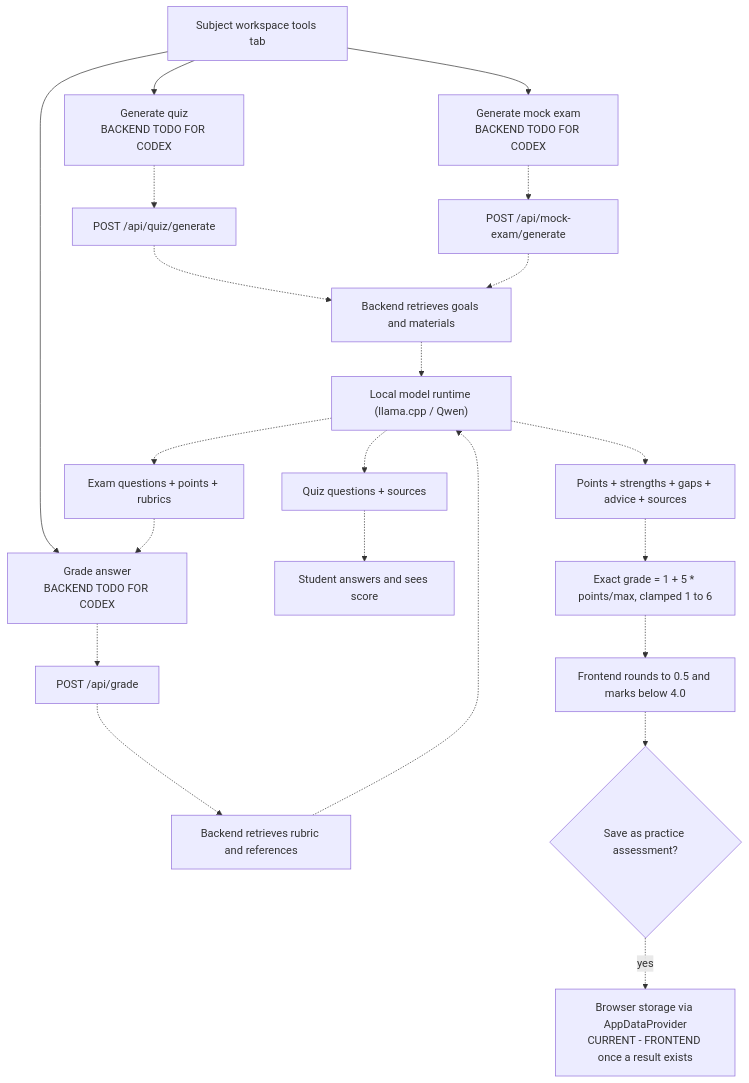
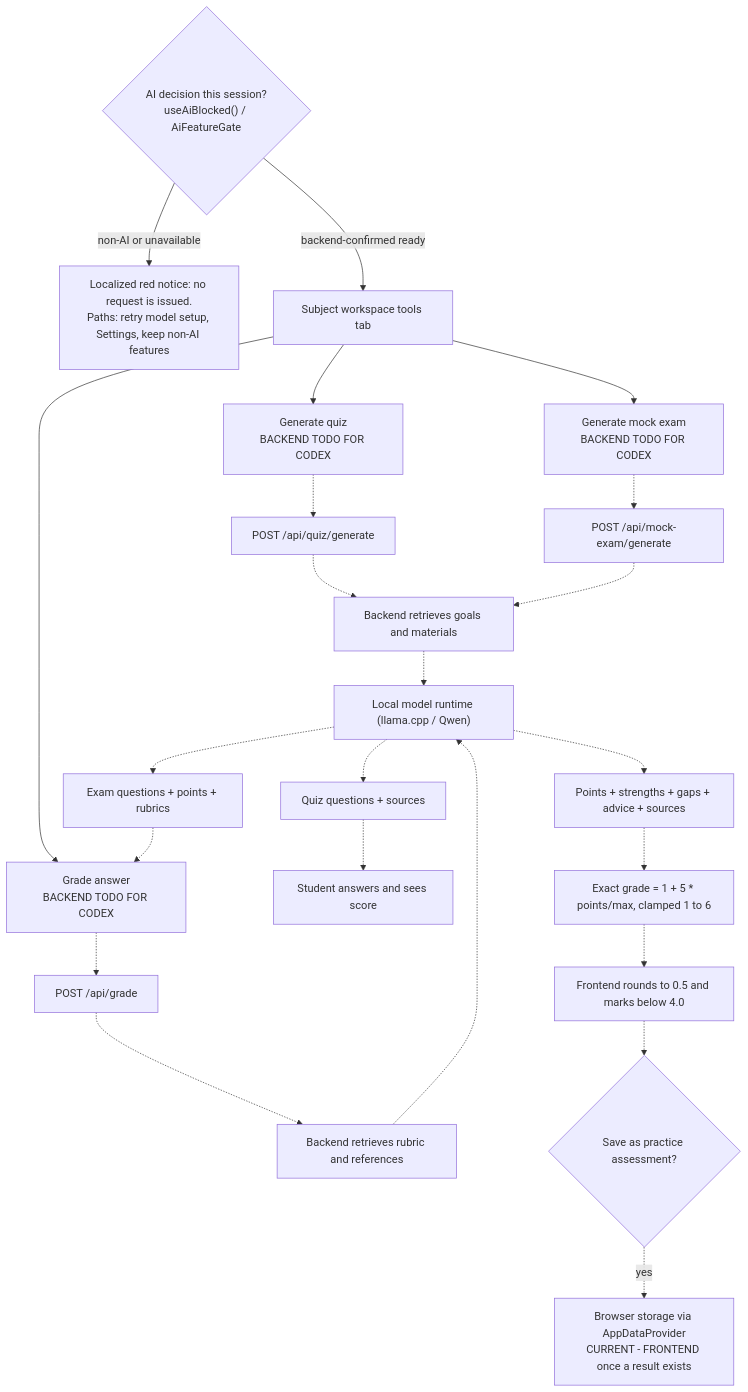
Before and after one commit to keyshavmor/study-swiss-star: the diagram in docs/wireframes/12-ai-study-tools.mmd, drawn with Mermaid. The commit also changed 4 other files, not shown here.

```diff
--- a/docs/wireframes/12-ai-study-tools.mmd
+++ b/docs/wireframes/12-ai-study-tools.mmd
@@ -1,22 +1,28 @@
 %% Planned quiz / mock exam / grading tools. Not implemented in the current backend.
 flowchart TD
+  AiGate{"AI decision this session?<br/>useAiBlocked() / AiFeatureGate"} -->|"non-AI or unavailable"| Blocked["Localized red notice: no request is issued.<br/>Paths: retry model setup, Settings, keep non-AI features"]
+  AiGate -->|"backend-confirmed ready"| Subject
   Subject["Subject workspace tools tab"] --> Quiz["Generate quiz<br/>BACKEND TODO FOR CODEX"]
   Subject --> Exam["Generate mock exam<br/>BACKEND TODO FOR CODEX"]
   Subject --> Grade["Grade answer<br/>BACKEND TODO FOR CODEX"]
   Quiz -.-> QAPI["POST /api/quiz/generate"]
   Exam -.-> EAPI["POST /api/mock-exam/generate"]
   Grade -.-> GAPI["POST /api/grade"]
   QAPI -.-> Retrieve["Backend retrieves goals and materials"]
   EAPI -.-> Retrieve
   GAPI -.-> Rubric["Backend retrieves rubric and references"]
   Retrieve -.-> Model["Local model runtime (llama.cpp / Qwen)"]
   Rubric -.-> Model
   Model -.-> QuizUI["Quiz questions + sources"]
   Model -.-> ExamUI["Exam questions + points + rubrics"]
   Model -.-> Result["Points + strengths + gaps + advice + sources"]
   QuizUI -.-> Answers["Student answers and sees score"]
   ExamUI -.-> Grade
   Result -.-> Formula["Exact grade = 1 + 5 * points/max, clamped 1 to 6"]
   Formula -.-> Display["Frontend rounds to 0.5 and marks below 4.0"]
   Display -.-> Confirm{"Save as practice assessment?"}
   Confirm -. yes .-> Local["Browser storage via AppDataProvider<br/>CURRENT - FRONTEND once a result exists"]
+%% CURRENT (2026-09-17): every AI action is centrally guarded. Without a
+%% backend-confirmed ready model no quiz/exam/grading request is sent; a backend loss
+%% during a run becomes a bounded generation_failed/grading_failed state, never a hang.
+%% Non-AI study areas stay fully usable.
```
